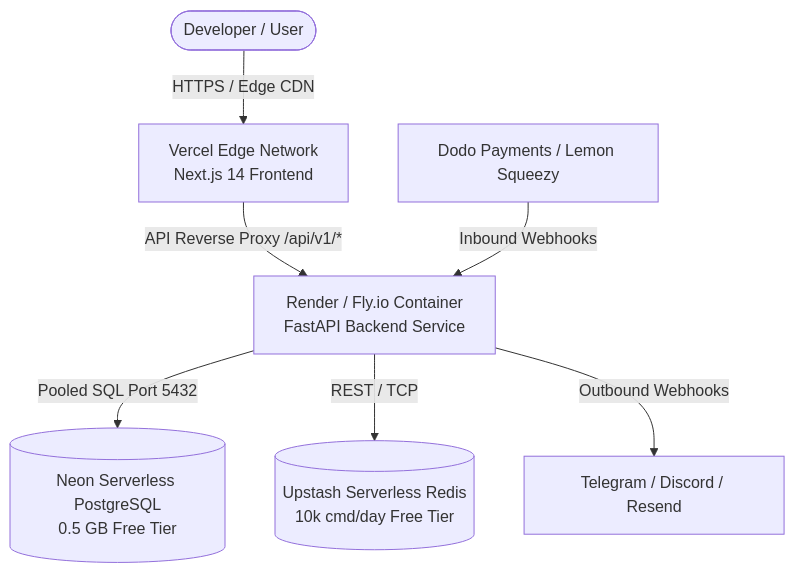
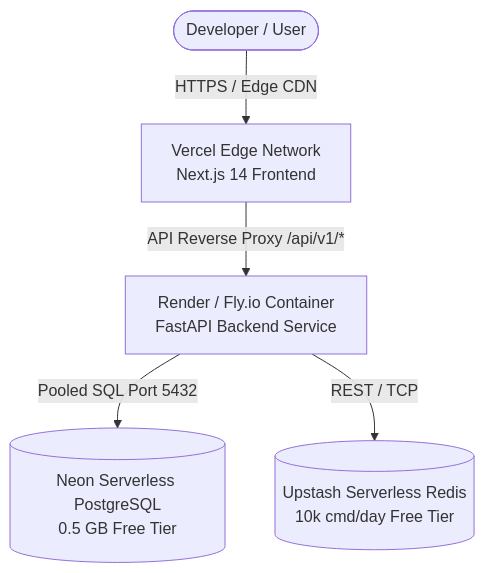
Before and after one commit to nirmitktripathii/oss_intelligence_platform: the second of 2 diagrams in README.md, drawn with Mermaid. The commit also changed other lines of this file and 2 other files, not shown here.

````diff
--- a/README.md
+++ b/README.md
@@ -574,9 +367,7 @@
 ```mermaid
 graph TD
     User([Developer / User]) -->|HTTPS / Edge CDN| Vercel[Vercel Edge Network\nNext.js 14 Frontend]
     Vercel -->|API Reverse Proxy /api/v1/*| Backend[Render / Fly.io Container\nFastAPI Backend Service]
     Backend -->|Pooled SQL Port 5432| Neon[(Neon Serverless PostgreSQL\n0.5 GB Free Tier)]
     Backend -->|REST / TCP| Upstash[(Upstash Serverless Redis\n10k cmd/day Free Tier)]
-    Backend -->|Outbound Webhooks| AlertServices[Telegram / Discord / Resend]
-    PayGateways[Dodo Payments / Lemon Squeezy] -->|Inbound Webhooks| Backend
 ```
````
